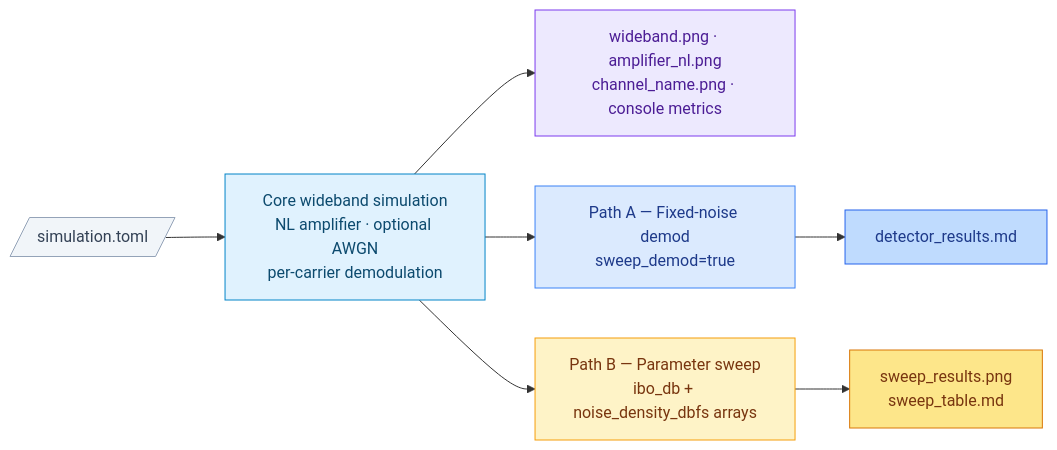
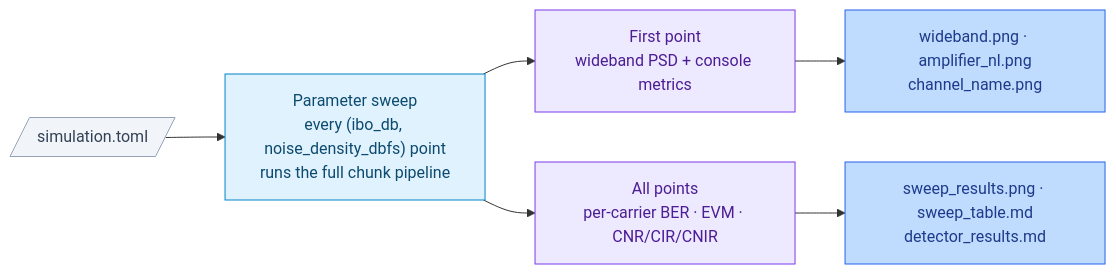
The diagram in docs/simulation_overview.md (bandospook/signal-processing-simulation), drawn with Mermaid before and after one commit. The commit also changed other lines of this file and 11 other files, not shown here.

First line of the commit message:
refactor: unify the simulation under [sweep]; drop [wideband] and amplifier IBO

````diff
--- a/docs/simulation_overview.md
+++ b/docs/simulation_overview.md
@@ -11,31 +11,25 @@
 ```mermaid
 flowchart LR
     CFG[/"simulation.toml"/]
-    CORE["Core wideband simulation<br/>NL amplifier · optional AWGN<br/>per-carrier demodulation"]
-    COUTS["wideband.png · amplifier_nl.png<br/>channel_name.png · console metrics"]
-    PA["Path A — Fixed-noise demod<br/>sweep_demod=true"]
-    PB["Path B — Parameter sweep<br/>ibo_db + noise_density_dbfs arrays"]
-    DA["detector_results.md"]
-    DB["sweep_results.png<br/>sweep_table.md"]
+    SWEEP["Parameter sweep<br/>every (ibo_db, noise_density_dbfs) point<br/>runs the full chunk pipeline"]
+    FIRST["First point<br/>wideband PSD + console metrics"]
+    GRID["All points<br/>per-carrier BER · EVM · CNR/CIR/CNIR"]
+    FOUTS["wideband.png · amplifier_nl.png<br/>channel_name.png"]
+    GOUTS["sweep_results.png · sweep_table.md<br/>detector_results.md"]
 
-    CFG --> CORE
-    CORE --> COUTS
-    CORE --> PA --> DA
-    CORE --> PB --> DB
+    CFG --> SWEEP
+    SWEEP --> FIRST --> FOUTS
+    SWEEP --> GRID --> GOUTS
 
-    classDef cfg  fill:#f1f5f9,stroke:#94a3b8,color:#334155
-    classDef core fill:#e0f2fe,stroke:#0284c7,color:#0c4a6e
-    classDef always fill:#ede9fe,stroke:#7c3aed,color:#4c1d95
-    classDef pathA fill:#dbeafe,stroke:#3b82f6,color:#1e3a8a
-    classDef pathB fill:#fef3c7,stroke:#f59e0b,color:#78350f
-    classDef outA  fill:#bfdbfe,stroke:#2563eb,color:#1e3a8a
-    classDef outB  fill:#fde68a,stroke:#d97706,color:#78350f
+    classDef cfg    fill:#f1f5f9,stroke:#94a3b8,color:#334155
+    classDef sweep  fill:#e0f2fe,stroke:#0284c7,color:#0c4a6e
+    classDef stage  fill:#ede9fe,stroke:#7c3aed,color:#4c1d95
+    classDef outs   fill:#bfdbfe,stroke:#2563eb,color:#1e3a8a
 
     class CFG cfg
-    class CORE core
-    class COUTS always
-    class PA pathA
-    class PB pathB
-    class DA outA
-    class DB outB
+    class SWEEP sweep
+    class FIRST stage
+    class GRID stage
+    class FOUTS outs
+    class GOUTS outs
 ```
````
